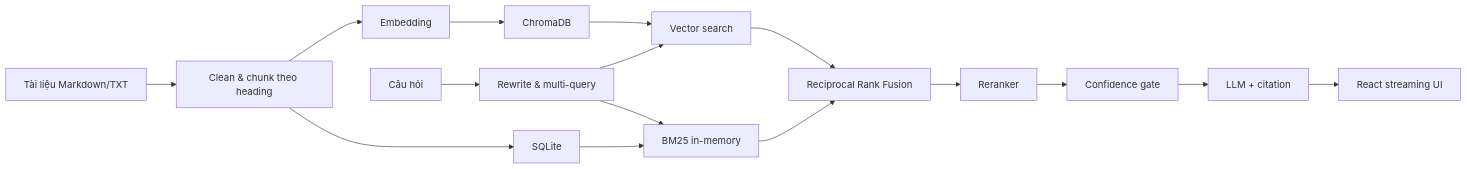
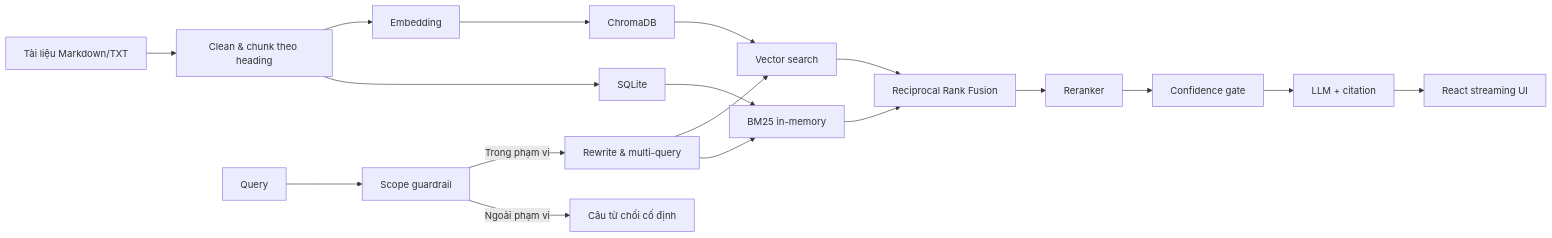
One commit to 8thMay03/PTIT-Chatbot changed the diagram in README.md. Above: the diagram before and after it, drawn with Mermaid. The commit also changed other lines of this file, not shown here.

````diff
--- a/README.md
+++ b/README.md
@@ -25,19 +27,21 @@
 ```mermaid
 flowchart LR
     D["Tài liệu Markdown/TXT"] --> I["Clean & chunk theo heading"]
     I --> E["Embedding"]
     E --> V["ChromaDB"]
     I --> S["SQLite"]
 
-    Q["Câu hỏi"] --> W["Rewrite & multi-query"]
+    Q["Query"] --> G["Scope guardrail"]
+    G -->|"Trong phạm vi"| W["Rewrite & multi-query"]
+    G -->|"Ngoài phạm vi"| X["Câu từ chối cố định"]
     W --> VS["Vector search"]
     W --> B["BM25 in-memory"]
     V --> VS
     S --> B
     VS --> RRF["Reciprocal Rank Fusion"]
     B --> RRF
     RRF --> RR["Reranker"]
     RR --> C["Confidence gate"]
     C --> L["LLM + citation"]
     L --> UI["React streaming UI"]
 ```
````
